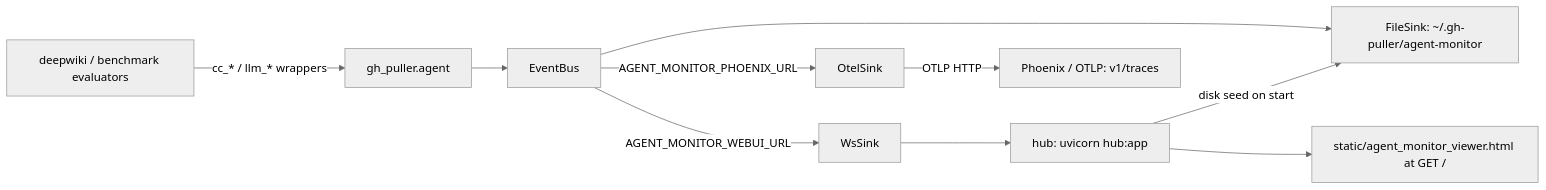
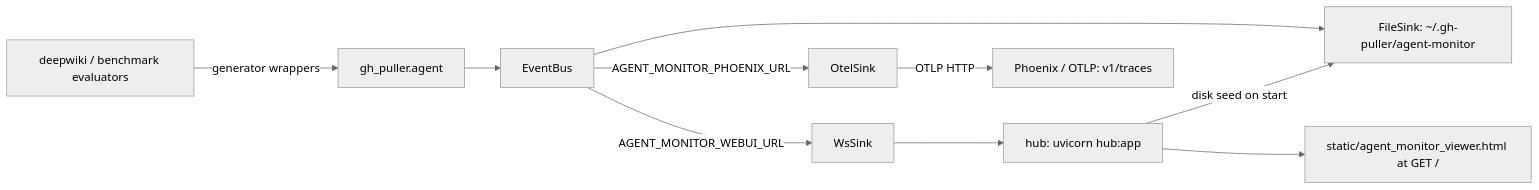
One commit to Delva0/gh-puller changed the first of 2 diagrams in docs/agent-monitor.md. Above: the diagram before and after it, drawn with Mermaid (neutral theme). The commit also changed other lines of this file and 51 other files, not shown here.

First line of the commit message:
refactor(deepwiki): 移除 llm 路,单一生成器管道 + 根除 GraphService

````diff
--- a/docs/agent-monitor.md
+++ b/docs/agent-monitor.md
@@ -27,12 +27,12 @@
 ```mermaid
 graph LR
-    A[deepwiki / benchmark evaluators] -->|cc_* / llm_* wrappers| B[gh_puller.agent]
+    A[deepwiki / benchmark evaluators] -->|generator wrappers| B[gh_puller.agent]
     B --> C[EventBus]
     C --> D[FileSink: ~/.gh-puller/agent-monitor]
     C -->|AGENT_MONITOR_WEBUI_URL| E[WsSink]
     E --> F[hub: uvicorn hub:app]
     F --> G[static/agent_monitor_viewer.html at GET /]
     F -->|disk seed on start| D
     C -->|AGENT_MONITOR_PHOENIX_URL| H[OtelSink]
     H -->|OTLP HTTP| I[Phoenix / OTLP: v1/traces]
 ```
````
